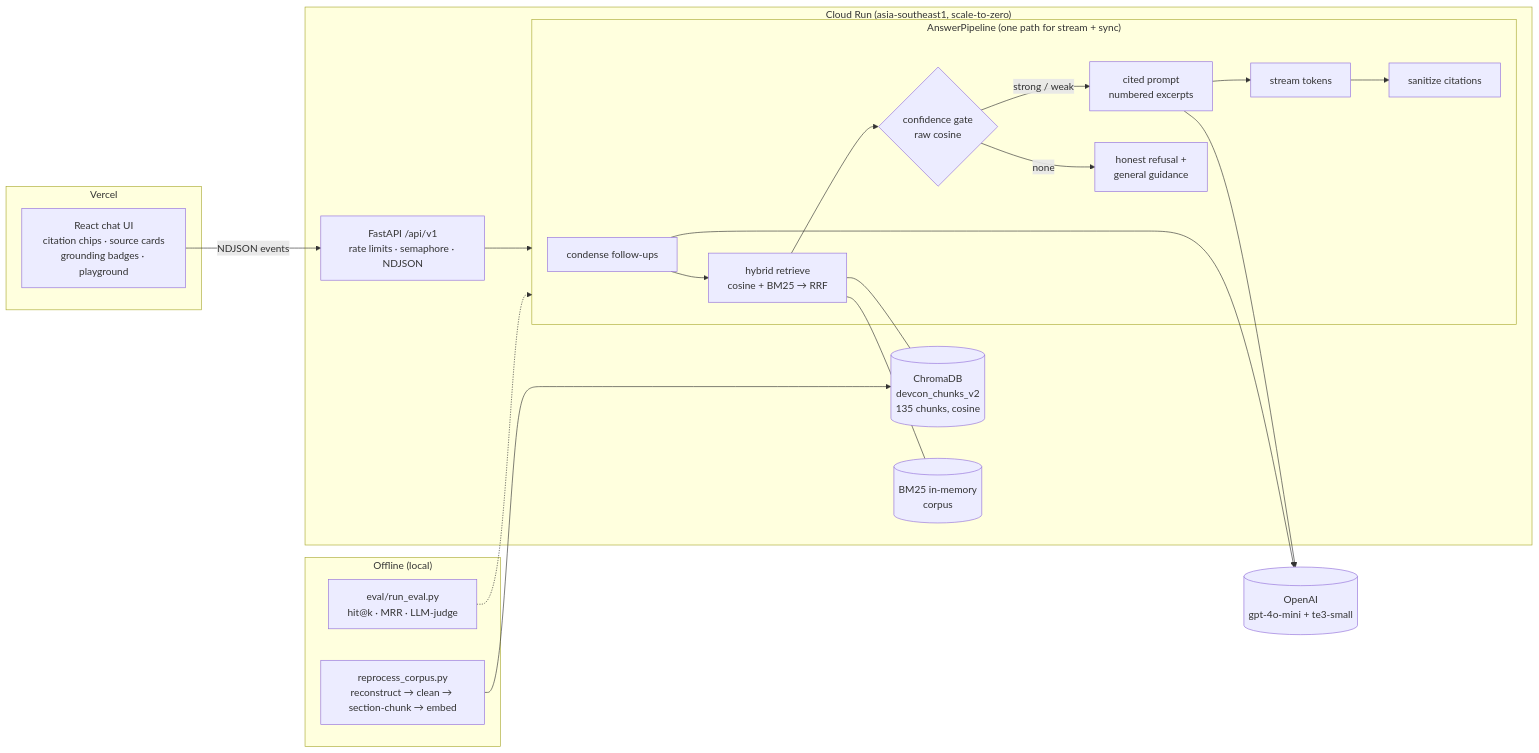
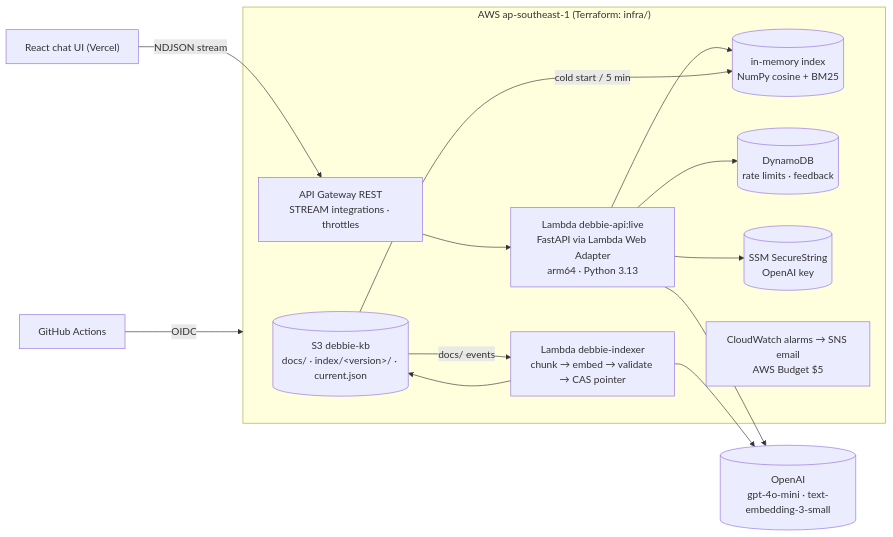
The diagram in README.md (DavidBatoDev/devcon-onboarding-rag), drawn with Mermaid before and after one commit. The commit also changed other lines of this file and 3 other files, not shown here.

First line of the commit message:
Docs: serverless architecture, deploy/operate guide, evaluation and drill results

````diff
--- a/README.md
+++ b/README.md
@@ -59,29 +57,17 @@
 ```mermaid
 flowchart LR
-    subgraph Vercel
-        FE["React chat UI<br/>citation chips · source cards<br/>grounding badges · playground"]
+    FE["React chat UI (Vercel)"] -->|NDJSON stream| APIGW
+    subgraph AWS["AWS ap-southeast-1 (Terraform: infra/)"]
+        APIGW["API Gateway REST<br/>STREAM integrations · throttles"] --> L["Lambda debbie-api:live<br/>FastAPI via Lambda Web Adapter<br/>arm64 · Python 3.13"]
+        L --> IDX[("in-memory index<br/>NumPy cosine + BM25")]
+        L --> DDB[("DynamoDB<br/>rate limits · feedback")]
+        L --> SSM[("SSM SecureString<br/>OpenAI key")]
+        S3[("S3 debbie-kb<br/>docs/ · index/&lt;version&gt;/ · current.json")] -->|cold start / 5 min| IDX
+        S3 -->|docs/ events| IX["Lambda debbie-indexer<br/>chunk → embed → validate → CAS pointer"]
+        IX --> S3
+        CW["CloudWatch alarms → SNS email<br/>AWS Budget $5"]
     end
-    subgraph CloudRun["Cloud Run (asia-southeast1, scale-to-zero)"]
-        API["FastAPI /api/v1<br/>rate limits · semaphore · NDJSON"]
-        subgraph Pipeline["AnswerPipeline (one path for stream + sync)"]
-            C[condense follow-ups] --> R[hybrid retrieve<br/>cosine + BM25 → RRF]
-            R --> G{confidence gate<br/>raw cosine}
-            G -->|strong / weak| P[cited prompt<br/>numbered excerpts]
-            G -->|none| N[honest refusal +<br/>general guidance]
-            P --> S[stream tokens] --> Z[sanitize citations]
-        end
-        CH[(ChromaDB<br/>devcon_chunks_v2<br/>135 chunks, cosine)]
-        BM[(BM25 in-memory<br/>corpus)]
-        R --- CH
-        R --- BM
-    end
-    OAI[(OpenAI<br/>gpt-4o-mini + te3-small)]
-    FE -->|NDJSON events| API --> Pipeline
-    P --> OAI
-    C --> OAI
-
-    subgraph Offline["Offline (local)"]
-        REP["reprocess_corpus.py<br/>reconstruct → clean → section-chunk → embed"] --> CH
-        EV["eval/run_eval.py<br/>hit@k · MRR · LLM-judge"] -.-> Pipeline
-    end
+    L --> OAI[("OpenAI<br/>gpt-4o-mini · text-embedding-3-small")]
+    IX --> OAI
+    GH["GitHub Actions"] -->|OIDC| AWS
 ```
````
